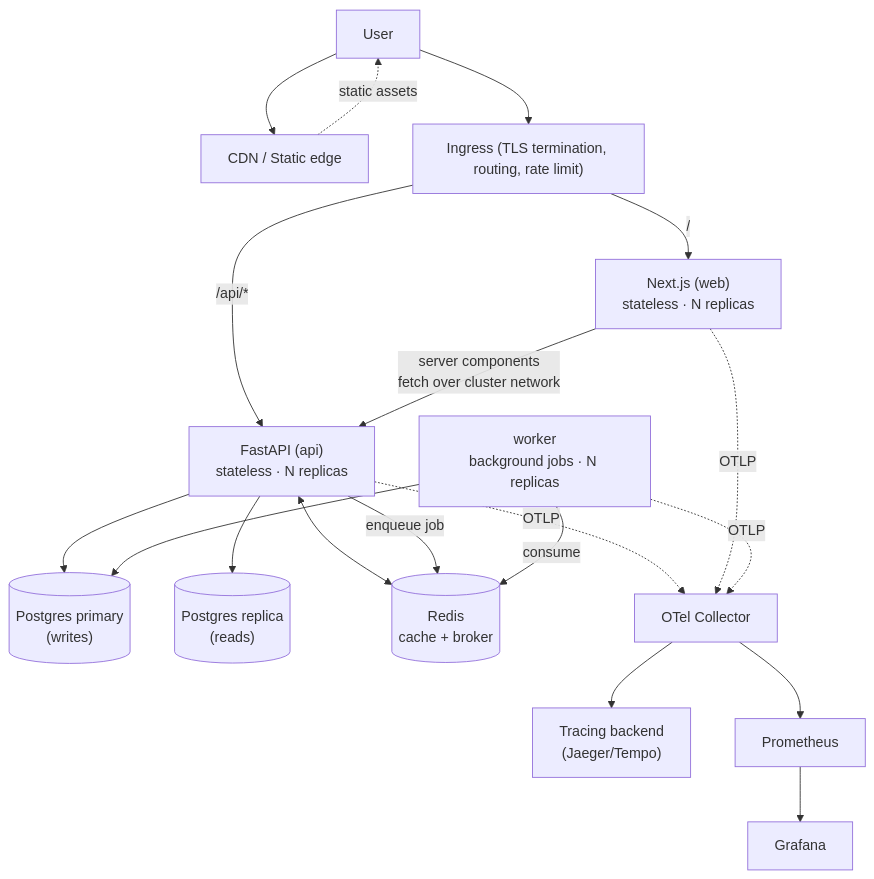
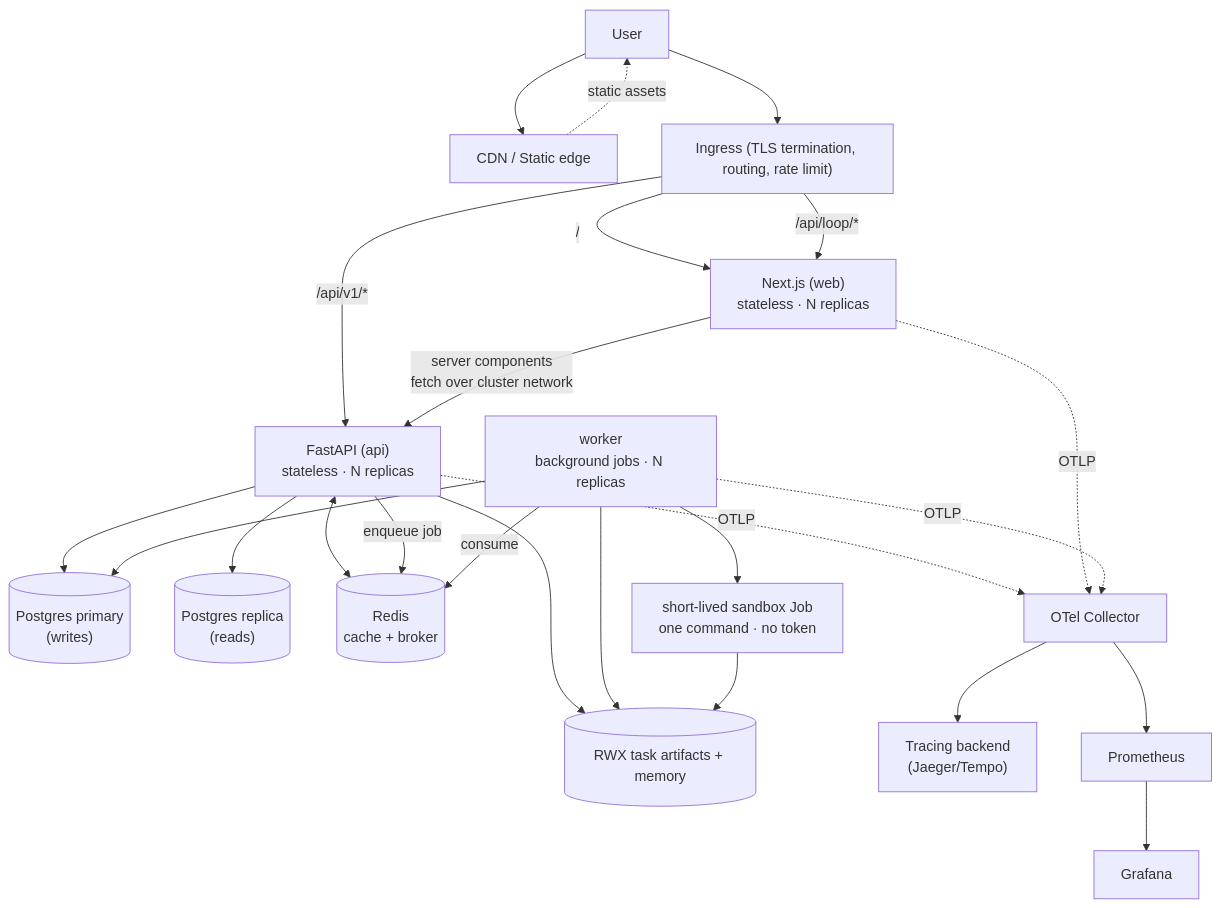
Before and after one commit to chriswu727/loop-agent: the first of 4 diagrams in ARCHITECTURE.md, drawn with Mermaid. The commit also changed other lines of this file and 117 other files, not shown here.

````diff
--- a/ARCHITECTURE.md
+++ b/ARCHITECTURE.md
@@ -45,19 +45,22 @@
 ```mermaid
 flowchart TB
     U["User"] --> CDN["CDN / Static edge"]
     U --> IG["Ingress (TLS termination, routing, rate limit)"]
     CDN -. "static assets" .-> U
     IG -->|"/"| WEB["Next.js (web)\nstateless · N replicas"]
-    IG -->|"/api/*"| API["FastAPI (api)\nstateless · N replicas"]
+    IG -->|"/api/loop/*"| WEB
+    IG -->|"/api/v1/*"| API["FastAPI (api)\nstateless · N replicas"]
     WEB -->|"server components\nfetch over cluster network"| API
     API --> PGW[("Postgres primary\n(writes)")]
     API --> PGR[("Postgres replica\n(reads)")]
     API <--> REDIS[("Redis\ncache + broker")]
     API -- "enqueue job" --> REDIS
     WORKER["worker\nbackground jobs · N replicas"] -- "consume" --> REDIS
     WORKER --> PGW
+    WORKER --> JOB["short-lived sandbox Job\none command · no token"]
+    API & WORKER & JOB --> PVC[("RWX task artifacts + memory")]
     API & WEB & WORKER -. "OTLP" .-> OTEL["OTel Collector"]
     OTEL --> TRACING["Tracing backend\n(Jaeger/Tempo)"]
     OTEL --> METRICS["Prometheus"]
     METRICS --> GRAFANA["Grafana"]
 ```
````
